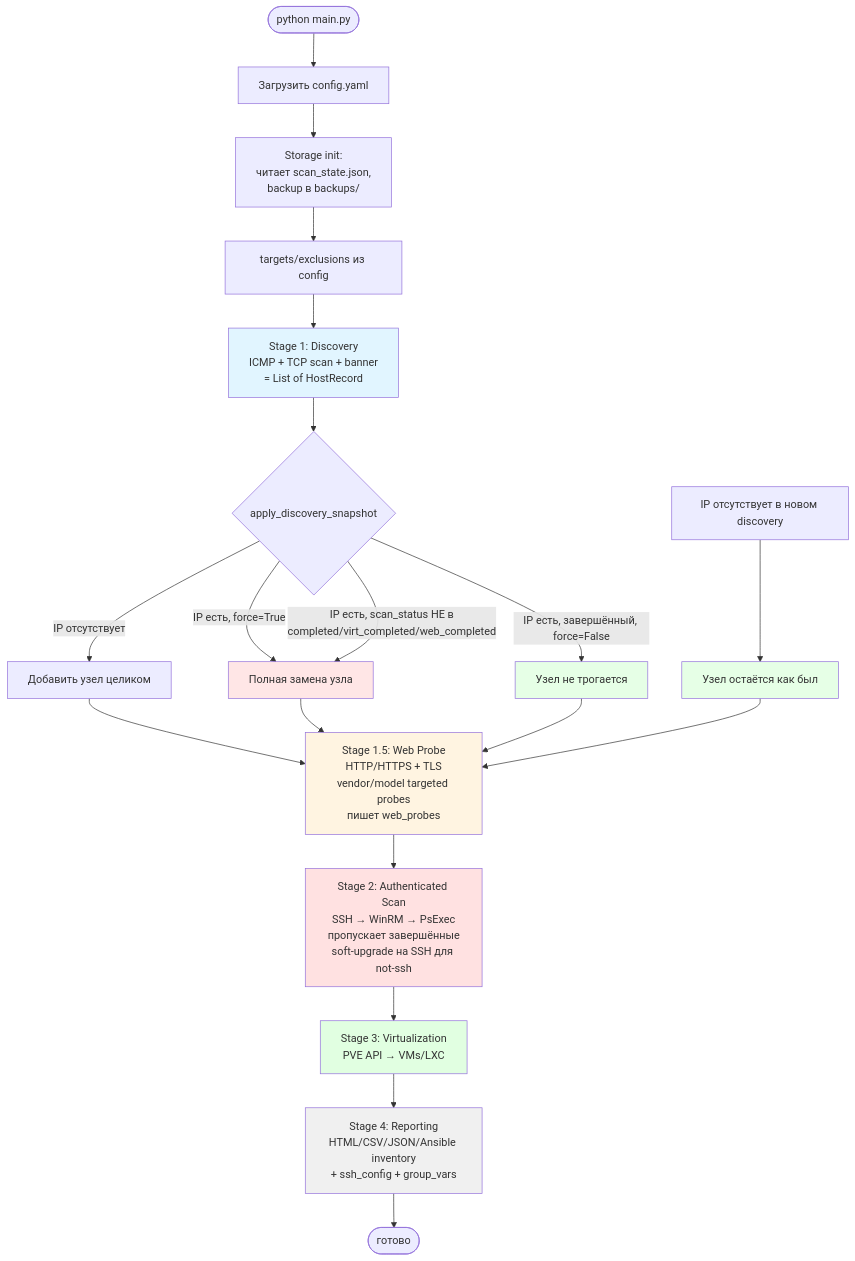
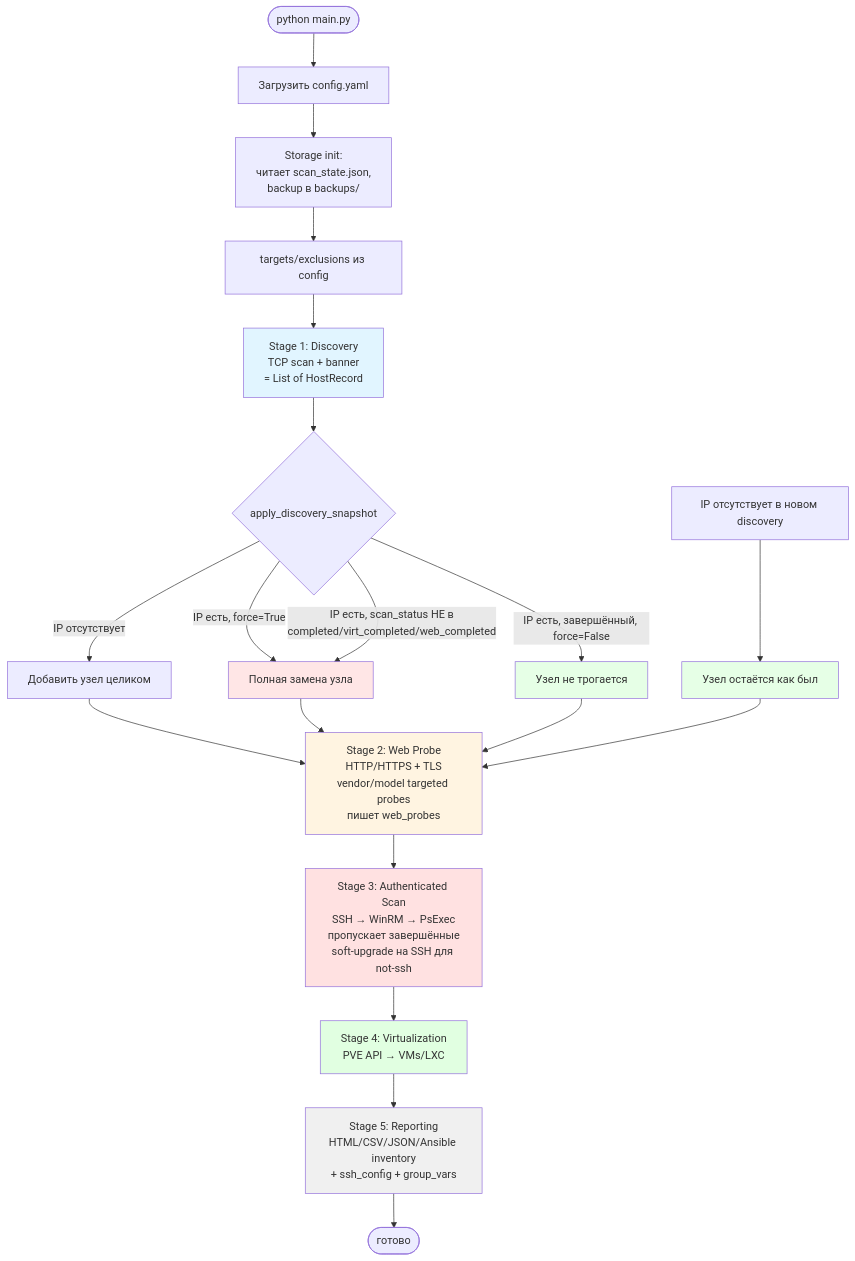
One commit to rsyuzyov/net-conf-gen changed the diagram in docs/pipeline.md. Above: the diagram before and after it, drawn with Mermaid. The commit also changed 2 other files, not shown here.

Commit message:
Перенеумерация этапов

````diff
--- a/docs/pipeline.md
+++ b/docs/pipeline.md
@@ -50,37 +50,37 @@
 ```mermaid
 flowchart TD
     Start([python main.py]) --> Load[Загрузить config.yaml]
     Load --> StorageInit[Storage init:<br/>читает scan_state.json,<br/>backup в backups/]
     StorageInit --> Targets[targets/exclusions из config]
 
-    Targets --> Disc[Stage 1: Discovery<br/>ICMP + TCP scan + banner<br/>= List of HostRecord]
+    Targets --> Disc[Stage 1: Discovery<br/>TCP scan + banner<br/>= List of HostRecord]
     Disc --> Apply{apply_discovery_snapshot}
     Apply -->|IP отсутствует| Add[Добавить узел целиком]
     Apply -->|IP есть, force=True| Replace[Полная замена узла]
     Apply -->|IP есть, scan_status НЕ в<br/>completed/virt_completed/web_completed| Replace
     Apply -->|IP есть, завершённый, force=False| Keep[Узел не трогается]
     NotInScan[IP отсутствует в новом discovery] --> Preserve[Узел остаётся как был]
 
     Add --> Web
     Replace --> Web
     Keep --> Web
     Preserve --> Web
 
-    Web[Stage 1.5: Web Probe<br/>HTTP/HTTPS + TLS<br/>vendor/model targeted probes<br/>пишет web_probes]
+    Web[Stage 2: Web Probe<br/>HTTP/HTTPS + TLS<br/>vendor/model targeted probes<br/>пишет web_probes]
     Web --> Scan
-    Scan[Stage 2: Authenticated Scan<br/>SSH → WinRM → PsExec<br/>пропускает завершённые<br/>soft-upgrade на SSH для not-ssh]
+    Scan[Stage 3: Authenticated Scan<br/>SSH → WinRM → PsExec<br/>пропускает завершённые<br/>soft-upgrade на SSH для not-ssh]
     Scan --> Virt
-    Virt[Stage 3: Virtualization<br/>PVE API → VMs/LXC]
+    Virt[Stage 4: Virtualization<br/>PVE API → VMs/LXC]
     Virt --> Report
-    Report[Stage 4: Reporting<br/>HTML/CSV/JSON/Ansible inventory<br/>+ ssh_config + group_vars]
+    Report[Stage 5: Reporting<br/>HTML/CSV/JSON/Ansible inventory<br/>+ ssh_config + group_vars]
     Report --> End([готово])
 
     style Disc fill:#e1f5ff
     style Web fill:#fff4e1
     style Scan fill:#ffe1e1
     style Virt fill:#e1ffe1
     style Report fill:#f0f0f0
     style Replace fill:#ffe6e6
     style Keep fill:#e6ffe6
     style Preserve fill:#e6ffe6
 ```
````
